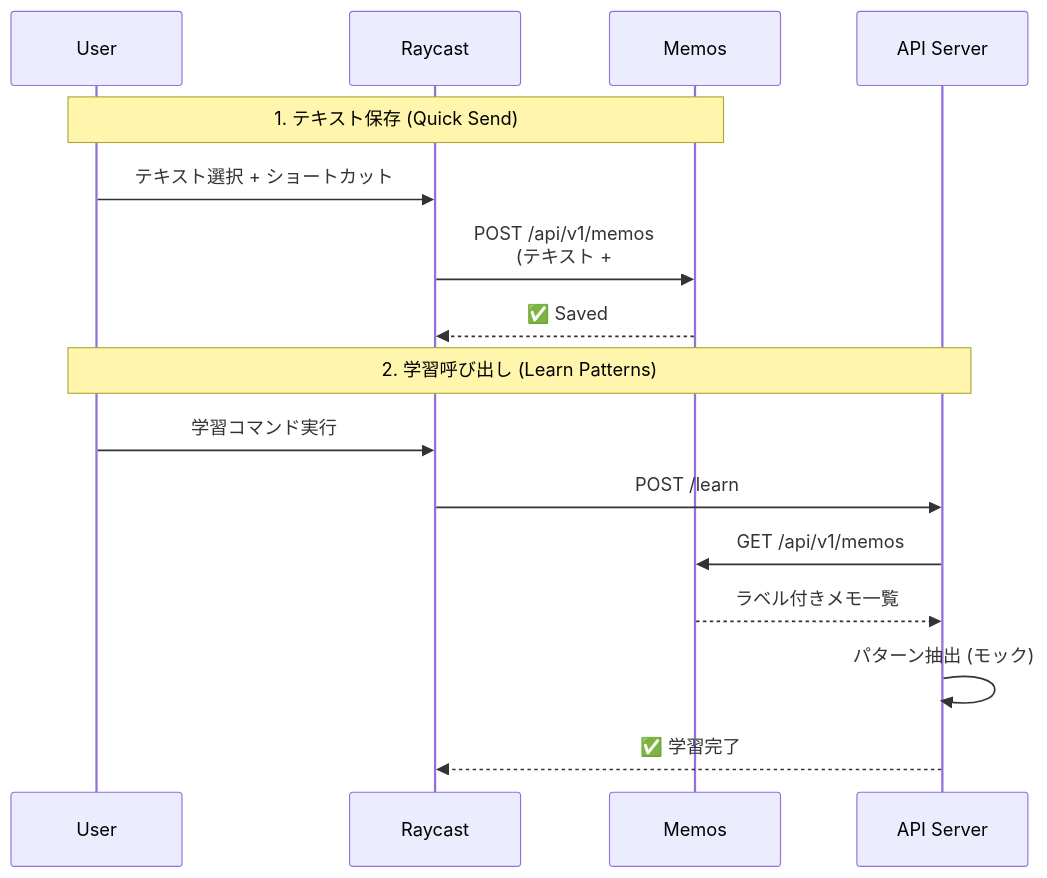
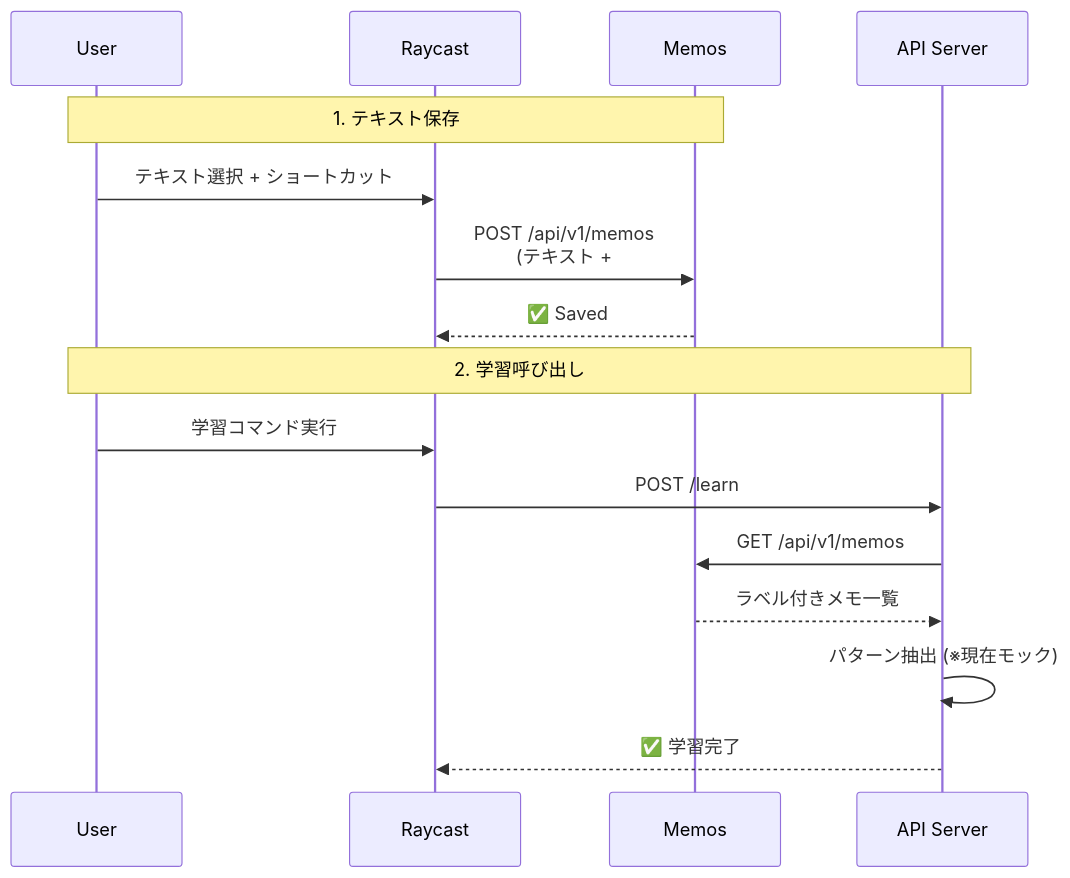
One commit to AobaIwaki123/quick-send changed the second of 2 diagrams in ARCHITECTURE.md. Above: the diagram before and after it, drawn with Mermaid. The commit also changed other lines of this file and 1 other file, not shown here.

````diff
--- a/ARCHITECTURE.md
+++ b/ARCHITECTURE.md
@@ -33,20 +33,20 @@
 ```mermaid
 sequenceDiagram
     participant User
     participant Raycast
     participant Memos
     participant API as API Server
     
-    Note over User,Memos: 1. テキスト保存 (Quick Send)
+    Note over User,Memos: 1. テキスト保存
     User->>Raycast: テキスト選択 + ショートカット
     Raycast->>Memos: POST /api/v1/memos<br/>(テキスト + #ai_bad or #good)
     Memos-->>Raycast: ✅ Saved
     
-    Note over User,API: 2. 学習呼び出し (Learn Patterns)
+    Note over User,API: 2. 学習呼び出し
     User->>Raycast: 学習コマンド実行
     Raycast->>API: POST /learn
     API->>Memos: GET /api/v1/memos
     Memos-->>API: ラベル付きメモ一覧
-    API->>API: パターン抽出 (モック)
+    API->>API: パターン抽出 (※現在モック)
     API-->>Raycast: ✅ 学習完了
 ```
````
